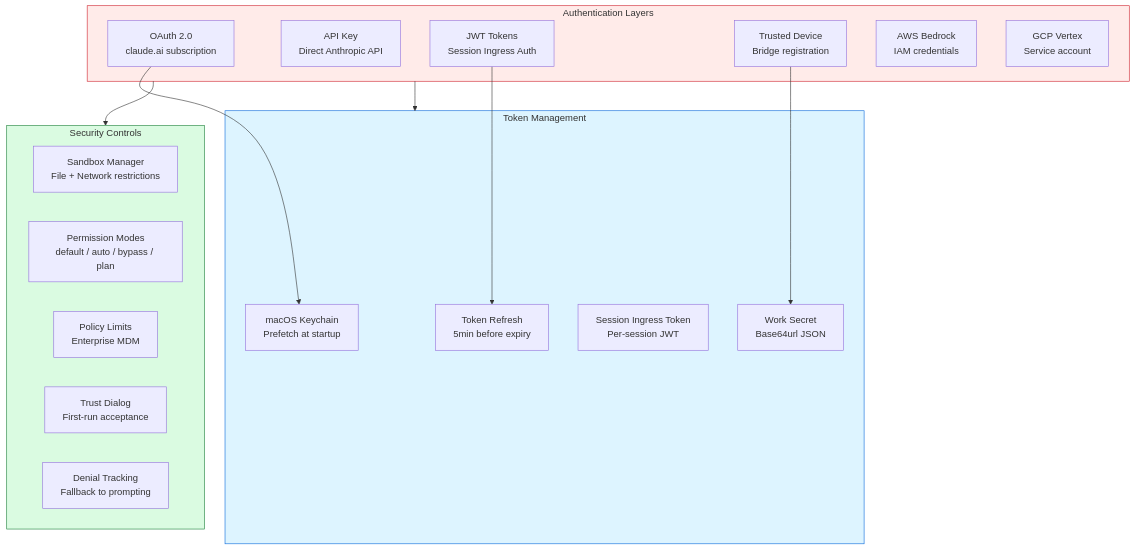
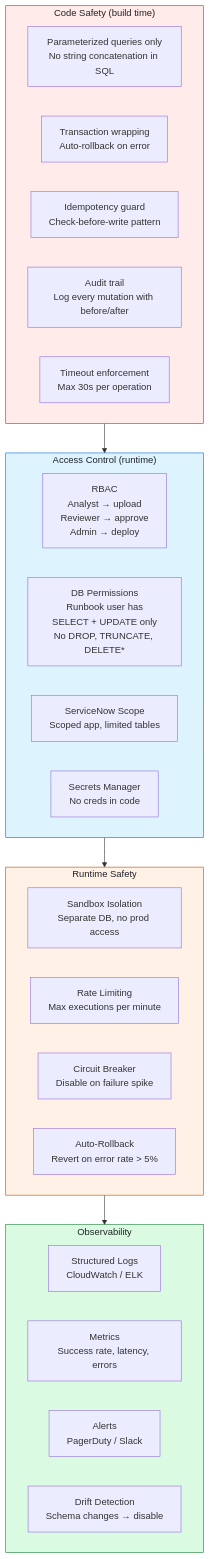
The ninth of 12 diagrams in README.md (KiZamaDo/KiZamaDo.github.io), drawn with Mermaid before and after one commit. The commit also changed other lines of this file, not shown here.

```diff
--- a/README.md
+++ b/README.md
@@ -563,36 +597,40 @@
   <div class="mermaid">
 graph TB
-    subgraph Auth["Authentication Layers"]
-        OAUTH["OAuth 2.0<br/>claude.ai subscription"]
-        API_KEY["API Key<br/>Direct Anthropic API"]
-        JWT["JWT Tokens<br/>Session Ingress Auth"]
-        TRUSTED["Trusted Device<br/>Bridge registration"]
-        AWS_AUTH["AWS Bedrock<br/>IAM credentials"]
-        GCP_AUTH["GCP Vertex<br/>Service account"]
+    subgraph CodeSafety["Code Safety (build time)"]
+        PARAM["Parameterized queries only<br/>No string concatenation in SQL"]
+        TRANS["Transaction wrapping<br/>Auto-rollback on error"]
+        IDEM_C["Idempotency guard<br/>Check-before-write pattern"]
+        AUDIT["Audit trail<br/>Log every mutation with before/after"]
+        TIMEOUT["Timeout enforcement<br/>Max 30s per operation"]
     end
 
-    subgraph Security["Security Controls"]
-        SANDBOX["Sandbox Manager<br/>File + Network restrictions"]
-        PERM_MODE["Permission Modes<br/>default / auto / bypass / plan"]
-        POLICY["Policy Limits<br/>Enterprise MDM"]
-        TRUST["Trust Dialog<br/>First-run acceptance"]
-        DENIAL["Denial Tracking<br/>Fallback to prompting"]
+    subgraph AccessControl["Access Control (runtime)"]
+        RBAC["RBAC<br/>Analyst → upload<br/>Reviewer → approve<br/>Admin → deploy"]
+        DB_PERMS["DB Permissions<br/>Runbook user has<br/>SELECT + UPDATE only<br/>No DROP, TRUNCATE, DELETE*"]
+        SNOW_SCOPE["ServiceNow Scope<br/>Scoped app, limited tables"]
+        SECRETS_MGR["Secrets Manager<br/>No creds in code"]
     end
 
-    subgraph TokenMgmt["Token Management"]
-        KEYCHAIN["macOS Keychain<br/>Prefetch at startup"]
-        REFRESH["Token Refresh<br/>5min before expiry"]
-        INGRESS["Session Ingress Token<br/>Per-session JWT"]
-        WORK_SECRET["Work Secret<br/>Base64url JSON"]
+    subgraph RuntimeSafety["Runtime Safety"]
+        SANDBOX_ISO["Sandbox Isolation<br/>Separate DB, no prod access"]
+        RATE_LIMIT["Rate Limiting<br/>Max executions per minute"]
+        CIRCUIT["Circuit Breaker<br/>Disable on failure spike"]
+        ROLLBACK_AUTO["Auto-Rollback<br/>Revert on error rate > 5%"]
     end
 
-    Auth --> Security
-    Auth --> TokenMgmt
-    JWT --> REFRESH
-    OAUTH --> KEYCHAIN
-    TRUSTED --> WORK_SECRET
+    subgraph Observability["Observability"]
+        LOGS["Structured Logs<br/>CloudWatch / ELK"]
+        METRICS["Metrics<br/>Success rate, latency, errors"]
+        ALERTS["Alerts<br/>PagerDuty / Slack"]
+        DRIFT["Drift Detection<br/>Schema changes → disable"]
+    end
 
-    style Auth fill:#ffebe9,stroke:#cf222e
-    style Security fill:#dafbe1,stroke:#1a7f37
-    style TokenMgmt fill:#ddf4ff,stroke:#0969da
+    CodeSafety --> AccessControl
+    AccessControl --> RuntimeSafety
+    RuntimeSafety --> Observability
+
+    style CodeSafety fill:#ffebe9,stroke:#cf222e,color:#1f2328
+    style AccessControl fill:#ddf4ff,stroke:#0969da,color:#1f2328
+    style RuntimeSafety fill:#fff1e5,stroke:#bc4c00,color:#1f2328
+    style Observability fill:#dafbe1,stroke:#1a7f37,color:#1f2328
   </div>
```
